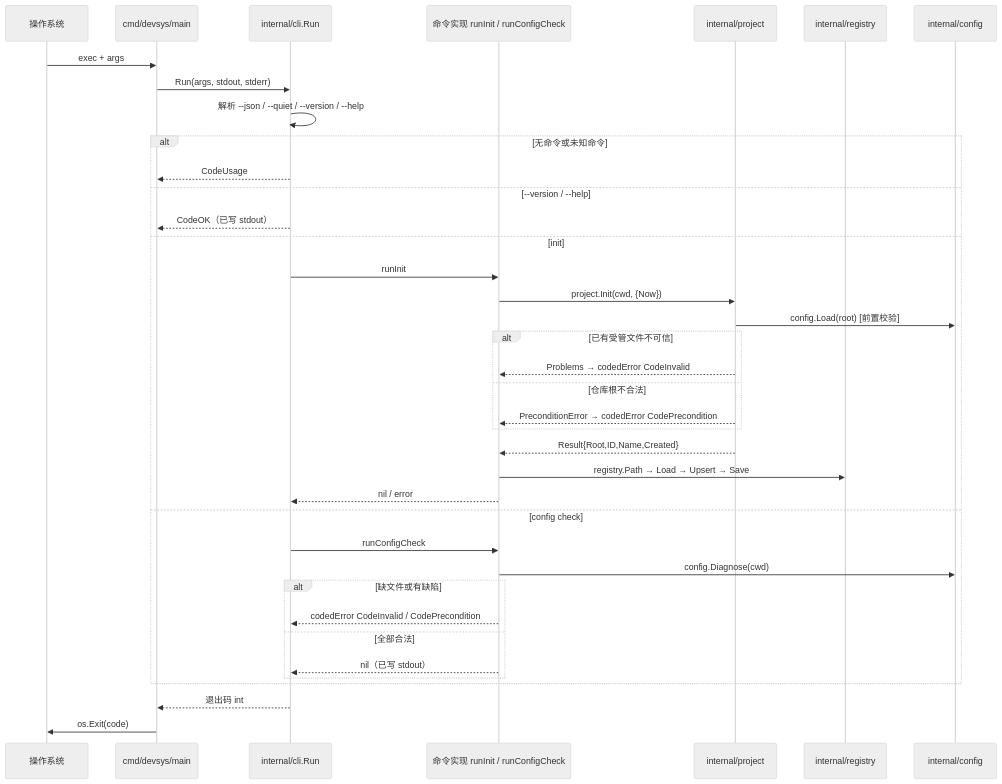
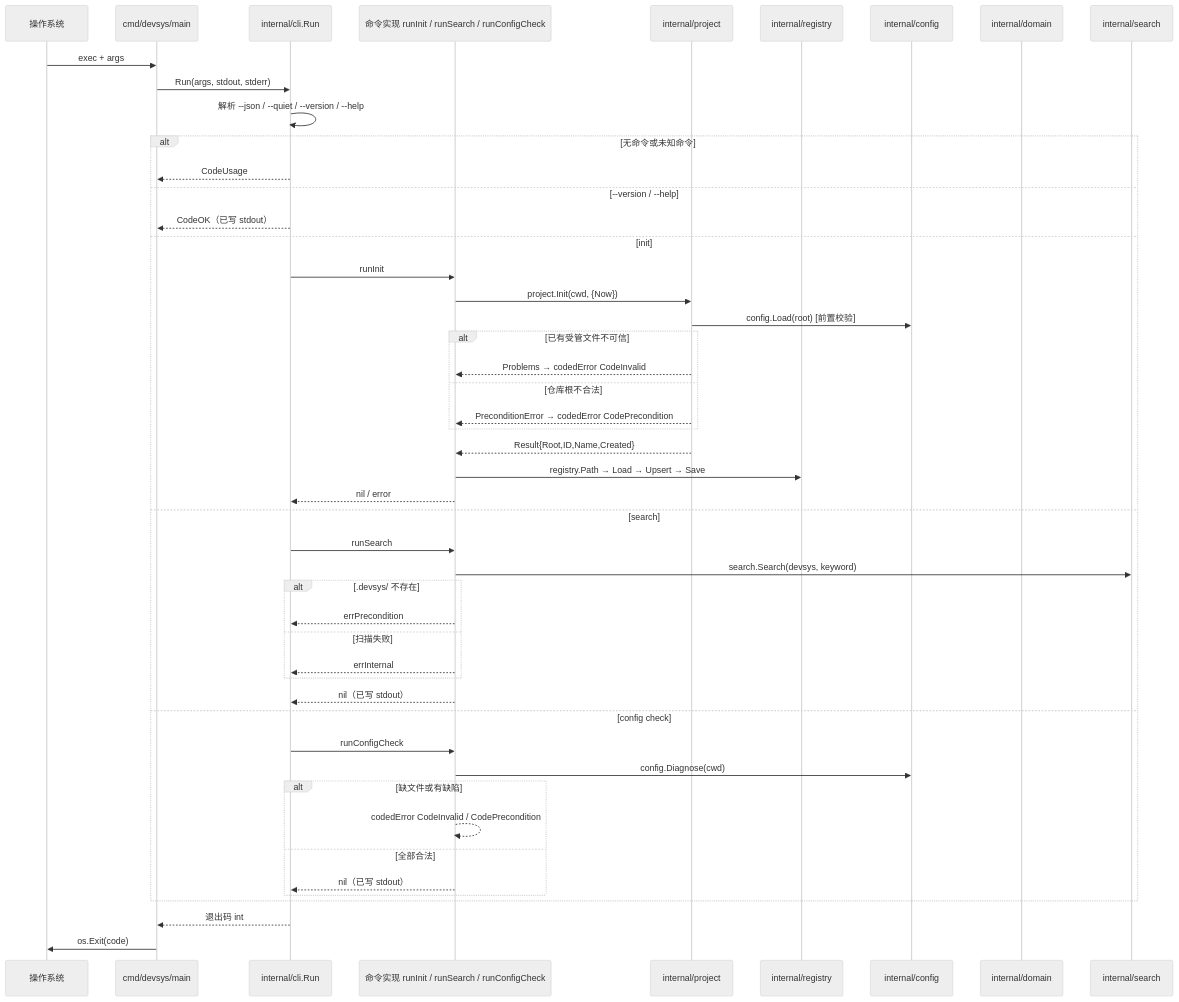
Before and after one commit to JAYY513/Workloom: the second of 3 diagrams in docs/repowiki/knowledge/项目接入与配置/架构设计.md, drawn with Mermaid (neutral theme). The commit also changed other lines of this file and 22 other files, not shown here.

````diff
--- a/docs/repowiki/knowledge/项目接入与配置/架构设计.md
+++ b/docs/repowiki/knowledge/项目接入与配置/架构设计.md
@@ -43,41 +48,52 @@
 ```mermaid
 sequenceDiagram
   participant OS as 操作系统
   participant Main as cmd/devsys/main
   participant Cli as internal/cli.Run
-  participant Cmd as 命令实现 runInit / runConfigCheck
+  participant Cmd as 命令实现 runInit / runSearch / runConfigCheck
   participant Proj as internal/project
   participant Reg as internal/registry
   participant Cfg as internal/config
+  participant Dom as internal/domain
+  participant Srch as internal/search
 
   OS->>Main: exec + args
   Main->>Cli: Run(args, stdout, stderr)
   Cli->>Cli: 解析 --json / --quiet / --version / --help
   alt 无命令或未知命令
     Cli-->>Main: CodeUsage
   else --version / --help
     Cli-->>Main: CodeOK（已写 stdout）
   else init
     Cli->>Cmd: runInit
     Cmd->>Proj: project.Init(cwd, {Now})
     Proj->>Cfg: config.Load(root) [前置校验]
     alt 已有受管文件不可信
       Proj-->>Cmd: Problems → codedError CodeInvalid
     else 仓库根不合法
       Proj-->>Cmd: PreconditionError → codedError CodePrecondition
     end
     Proj-->>Cmd: Result{Root,ID,Name,Created}
     Cmd->>Reg: registry.Path → Load → Upsert → Save
     Cmd-->>Cli: nil / error
+  else search
+    Cli->>Cmd: runSearch
+    Cmd->>Srch: search.Search(devsys, keyword)
+    alt .devsys/ 不存在
+      Cmd-->>Cli: errPrecondition
+    else 扫描失败
+      Cmd-->>Cli: errInternal
+    end
+    Cmd-->>Cli: nil（已写 stdout）
   else config check
     Cli->>Cmd: runConfigCheck
     Cmd->>Cfg: config.Diagnose(cwd)
     alt 缺文件或有缺陷
-      Cmd-->>Cli: codedError CodeInvalid / CodePrecondition
+      Cmd-->>Cmd: codedError CodeInvalid / CodePrecondition
     else 全部合法
       Cmd-->>Cli: nil（已写 stdout）
     end
   end
   Cli-->>Main: 退出码 int
   Main->>OS: os.Exit(code)
 ```
````
